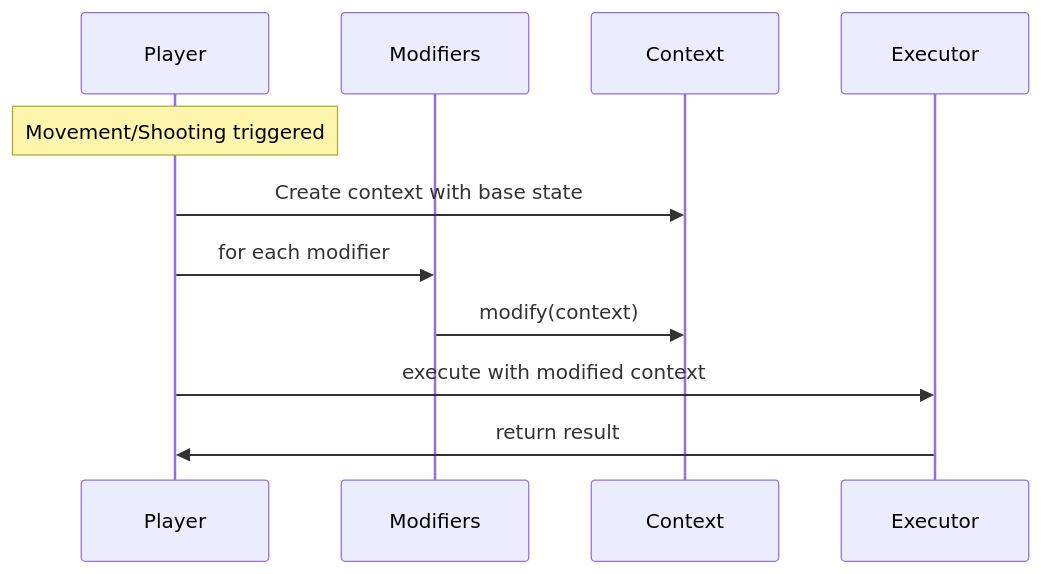
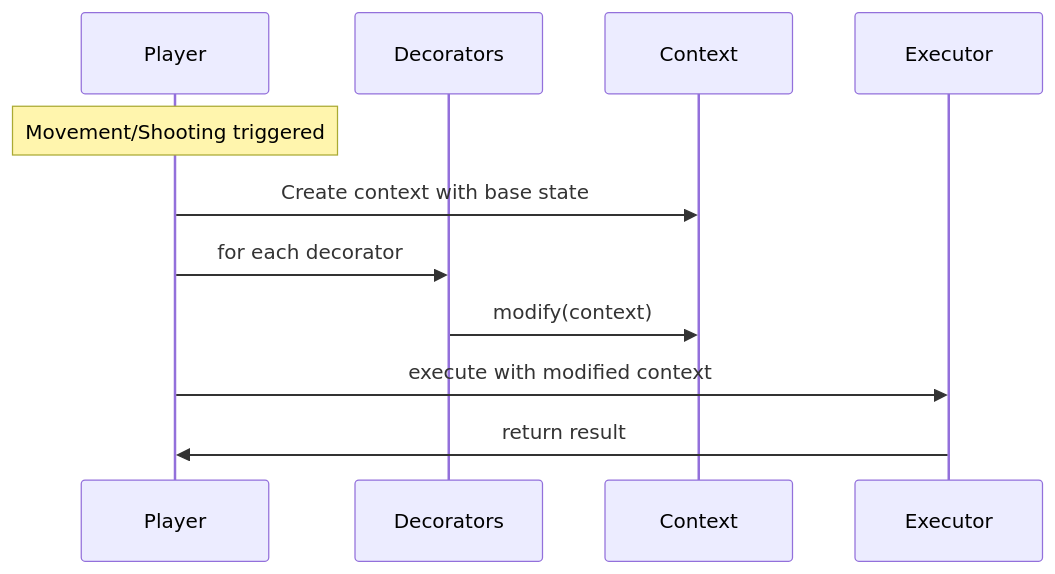
The third of 3 diagrams in game/docs/decorator-architecture.md (theowiik/project-epic-footsies-2), drawn with Mermaid before and after one commit. The commit also changed other lines of this file and 11 other files, not shown here.

````diff
--- a/game/docs/decorator-architecture.md
+++ b/game/docs/decorator-architecture.md
@@ -100,14 +100,14 @@
 ```mermaid
 sequenceDiagram
     participant Player
-    participant Modifiers
+    participant Decorators
     participant Context
     participant Executor
 
     Note over Player: Movement/Shooting triggered
     Player->>Context: Create context with base state
-    Player->>Modifiers: for each modifier
-    Modifiers->>Context: modify(context)
+    Player->>Decorators: for each decorator
+    Decorators->>Context: modify(context)
     Player->>Executor: execute with modified context
     Executor->>Player: return result
 ```
````
